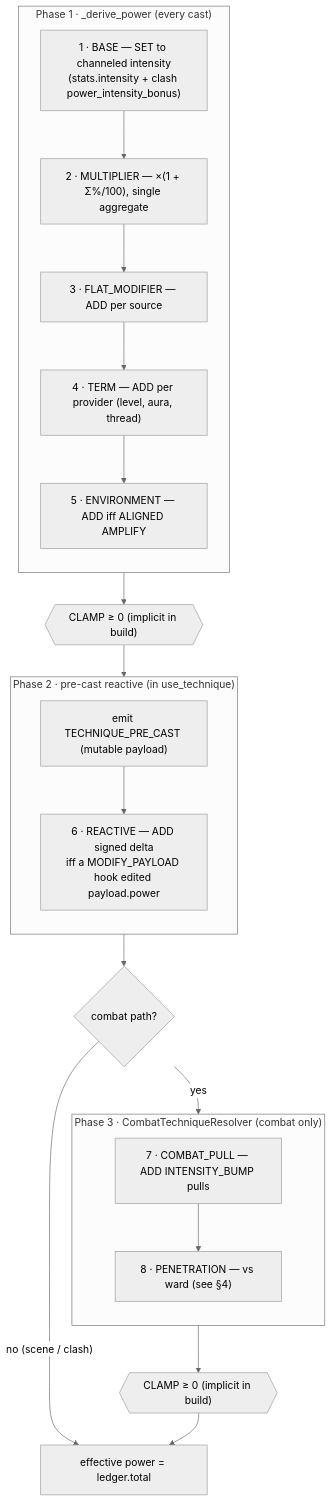
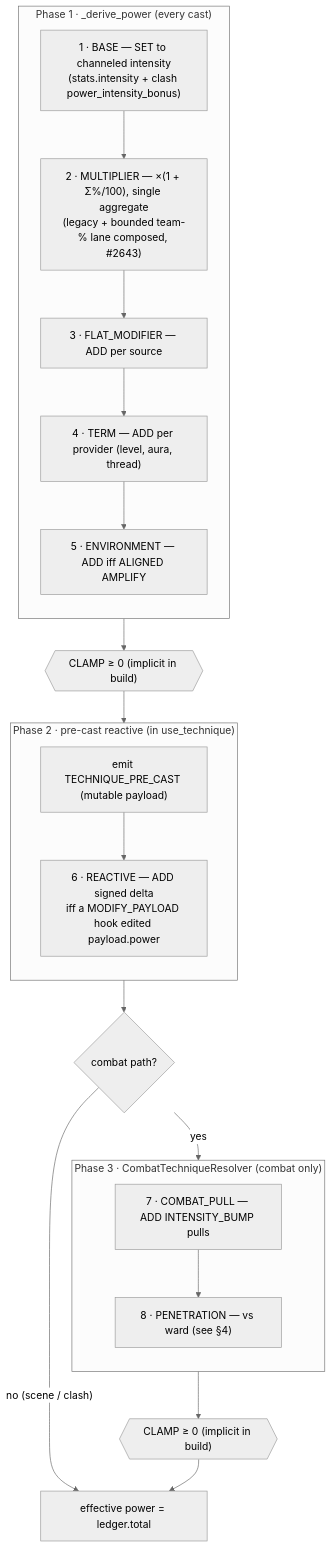
One commit to Arx-Game/arxii changed the first of 2 diagrams in docs/architecture/power-derivation.md. Above: the diagram before and after it, drawn with Mermaid (neutral theme). The commit also changed other lines of this file and 38 other files, not shown here.

First line of the commit message:
Damage identity: bounded team-% lane priced vs target level, vow-keyed stacking DR, smooth execute (#2643)

````diff
--- a/docs/architecture/power-derivation.md
+++ b/docs/architecture/power-derivation.md
@@ -55,29 +55,29 @@
 ```mermaid
 flowchart TD
     subgraph P1["Phase 1 · _derive_power (every cast)"]
         direction TB
         BASE["1 · BASE — SET to channeled intensity<br/>(stats.intensity + clash power_intensity_bonus)"]
-        MULT["2 · MULTIPLIER — ×(1 + Σ%/100), single aggregate"]
+        MULT["2 · MULTIPLIER — ×(1 + Σ%/100), single aggregate<br/>(legacy + bounded team-% lane composed, #2643)"]
         FLAT["3 · FLAT_MODIFIER — ADD per source"]
         TERM["4 · TERM — ADD per provider (level, aura, thread)"]
         ENV["5 · ENVIRONMENT — ADD iff ALIGNED AMPLIFY"]
         BASE --> MULT --> FLAT --> TERM --> ENV
     end
     ENV --> C1{{"CLAMP ≥ 0 (implicit in build)"}}
     C1 --> EMIT["emit TECHNIQUE_PRE_CAST (mutable payload)"]
     subgraph P2["Phase 2 · pre-cast reactive (in use_technique)"]
         direction TB
         EMIT --> REACT["6 · REACTIVE — ADD signed delta<br/>iff a MODIFY_PAYLOAD hook edited payload.power"]
     end
     REACT --> BR{combat path?}
     BR -- "no (scene / clash)" --> OUT["effective power = ledger.total"]
     subgraph P3["Phase 3 · CombatTechniqueResolver (combat only)"]
         direction TB
         PULL["7 · COMBAT_PULL — ADD INTENSITY_BUMP pulls"]
         PEN["8 · PENETRATION — vs ward (see §4)"]
         PULL --> PEN
     end
     BR -- yes --> PULL
     PEN --> C2{{"CLAMP ≥ 0 (implicit in build)"}}
     C2 --> OUT
 ```
````
